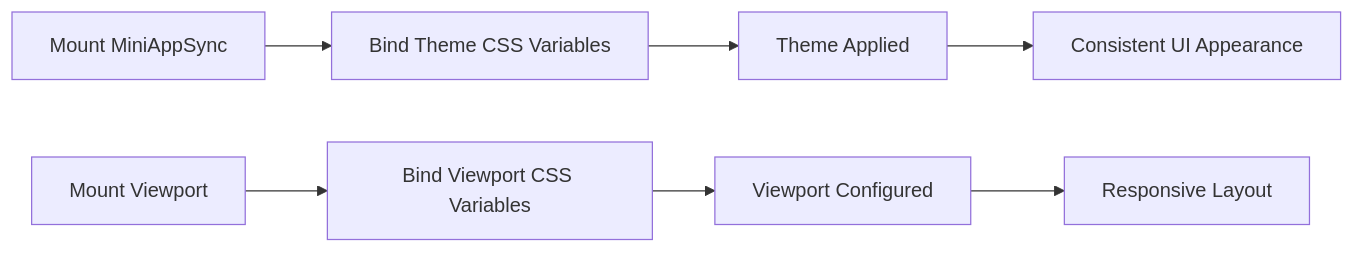
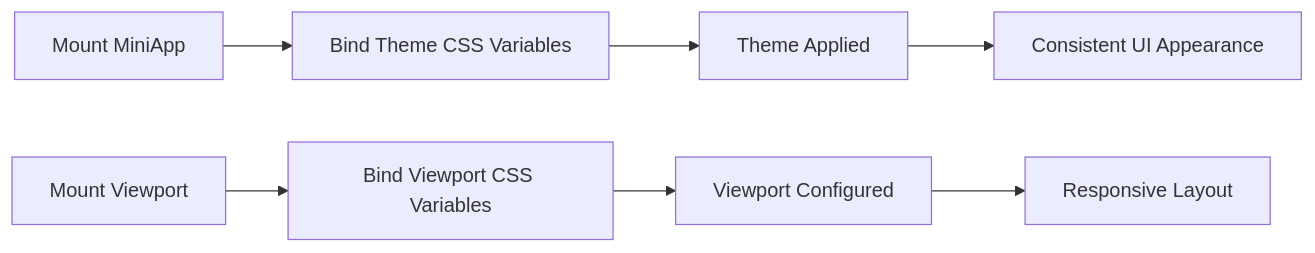
Before and after one commit to Miaterio/Passion-bot-2: the fourth of 5 diagrams in .qoder/repowiki/en/content/Core Architecture/Application Initialization.md, drawn with Mermaid. The commit also changed other lines of this file and 5 other files, not shown here.

````diff
--- a/.qoder/repowiki/en/content/Core Architecture/Application Initialization.md
+++ b/.qoder/repowiki/en/content/Core Architecture/Application Initialization.md
@@ -108,9 +444,9 @@
 ```mermaid
 flowchart LR
-A[Mount MiniAppSync] --> B[Bind Theme CSS Variables]
+A[Mount MiniApp] --> B[Bind Theme CSS Variables]
 C[Mount Viewport] --> D[Bind Viewport CSS Variables]
 B --> E[Theme Applied]
 D --> F[Viewport Configured]
 E --> G[Consistent UI Appearance]
 F --> H[Responsive Layout]
 ```
````
